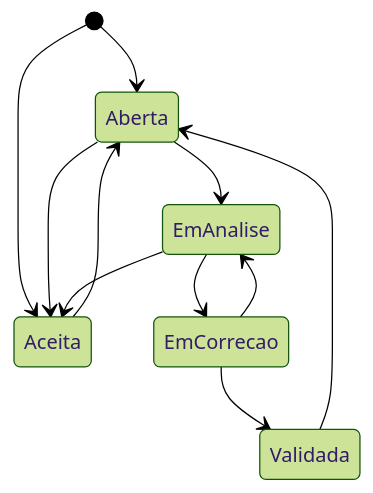
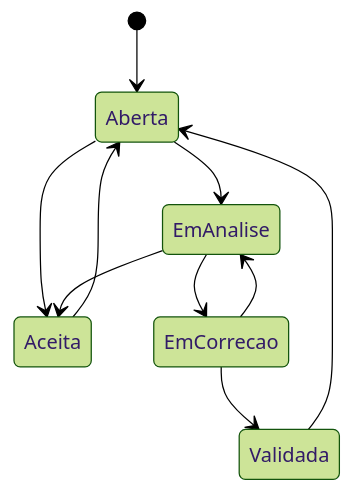
The diagram in README.md (Gabrielaffonsocunha/vulntrack), drawn with Mermaid (forest theme) before and after one commit.

Commit message:
Fix and document VulnTrack (README.md)

````diff
--- a/README.md
+++ b/README.md
@@ -69,13 +69,12 @@
 ```mermaid
 stateDiagram-v2
   [*] --> Aberta
-  [*] --> Aceita
   Aberta --> EmAnalise
   Aberta --> Aceita
   EmAnalise --> EmCorrecao
   EmAnalise --> Aceita
   EmCorrecao --> Validada
   EmCorrecao --> EmAnalise
   Validada --> Aberta
   Aceita --> Aberta
 ```
````
